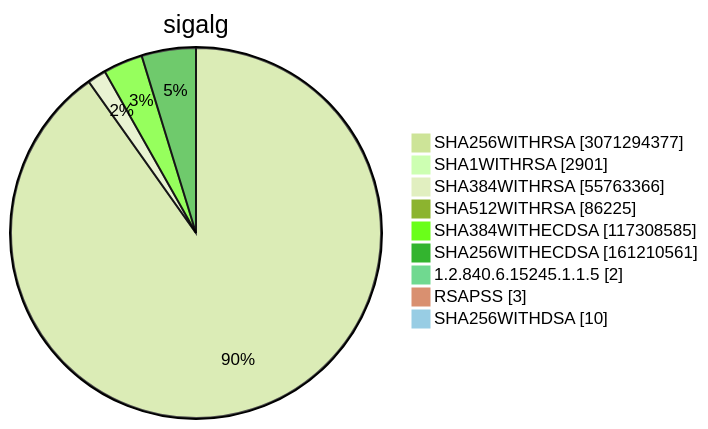
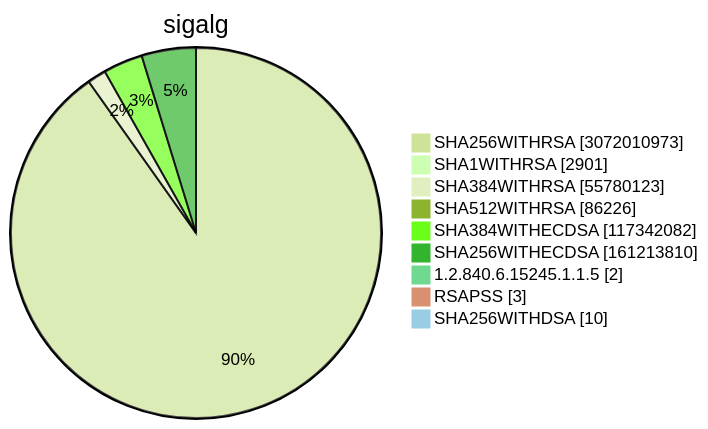
Diagram 15 of 15 in TOTAL/README.md (christiankrug/ctmonitor_visualization), drawn with Mermaid (forest theme) before and after one commit. The commit also changed other lines of this file, not shown here.

````diff
--- a/TOTAL/README.md
+++ b/TOTAL/README.md
@@ -6209,13 +6209,13 @@
 ```mermaid
 pie showData
 title sigalg
-"SHA256WITHRSA" :3071294377
+"SHA256WITHRSA" :3072010973
 "SHA1WITHRSA" :2901
-"SHA384WITHRSA" :55763366
-"SHA512WITHRSA" :86225
-"SHA384WITHECDSA" :117308585
-"SHA256WITHECDSA" :161210561
+"SHA384WITHRSA" :55780123
+"SHA512WITHRSA" :86226
+"SHA384WITHECDSA" :117342082
+"SHA256WITHECDSA" :161213810
 "1.2.840.6.15245.1.1.5" :2
 "RSAPSS" :3
 "SHA256WITHDSA" :10
 ```
````
